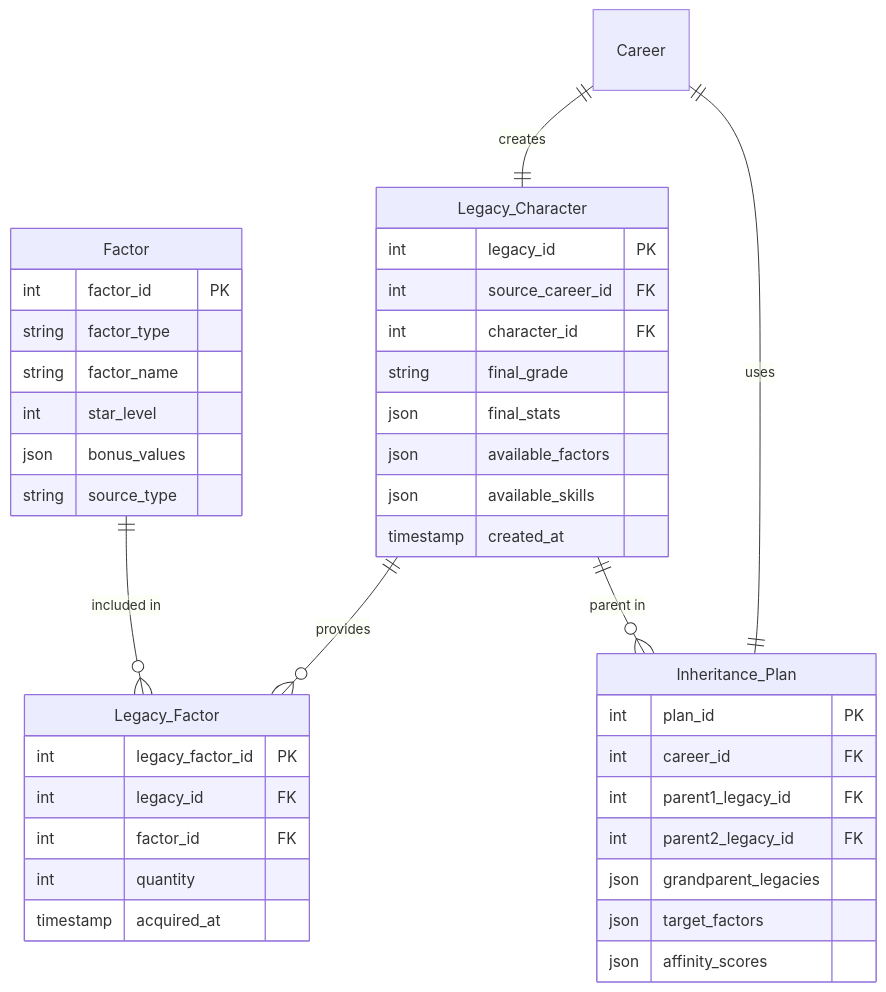
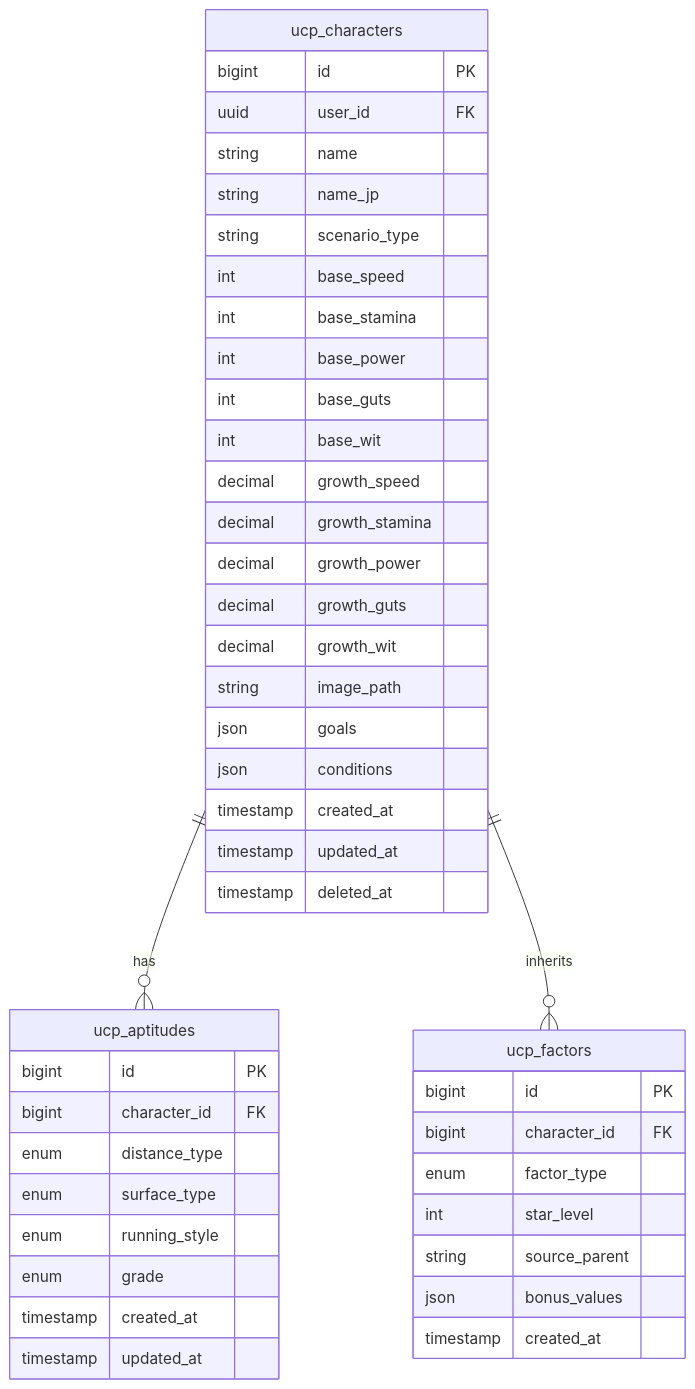
Before and after one commit to exatfrds67/umamusume-career-planner: the fifth of 13 diagrams in docs/01-diagrams/entity-relationship-diagram.md, drawn with Mermaid. The commit also changed other lines of this file and 67 other files, not shown here.

````diff
--- a/docs/01-diagrams/entity-relationship-diagram.md
+++ b/docs/01-diagrams/entity-relationship-diagram.md
@@ -303,46 +338,50 @@
 ```mermaid
 erDiagram
-    Legacy_Character {
-        int legacy_id PK
-        int source_career_id FK
-        int character_id FK
-        string final_grade
-        json final_stats
-        json available_factors
-        json available_skills
+    ucp_characters ||--o{ ucp_aptitudes : has
+    ucp_characters ||--o{ ucp_factors : inherits
+    
+    ucp_characters {
+        bigint id PK
+        uuid user_id FK
+        string name
+        string name_jp
+        string scenario_type
+        int base_speed
+        int base_stamina
+        int base_power
+        int base_guts
+        int base_wit
+        decimal growth_speed
+        decimal growth_stamina
+        decimal growth_power
+        decimal growth_guts
+        decimal growth_wit
+        string image_path
+        json goals
+        json conditions
+        timestamp created_at
+        timestamp updated_at
+        timestamp deleted_at
+    }
+    
+    ucp_aptitudes {
+        bigint id PK
+        bigint character_id FK
+        enum distance_type
+        enum surface_type
+        enum running_style
+        enum grade
+        timestamp created_at
+        timestamp updated_at
+    }
+    
+    ucp_factors {
+        bigint id PK
+        bigint character_id FK
+        enum factor_type
+        int star_level
+        string source_parent
+        json bonus_values
         timestamp created_at
     }
-
-    Factor {
-        int factor_id PK
-        string factor_type
-        string factor_name
-        int star_level
-        json bonus_values
-        string source_type
-    }
-
-    Legacy_Factor {
-        int legacy_factor_id PK
-        int legacy_id FK
-        int factor_id FK
-        int quantity
-        timestamp acquired_at
-    }
-
-    Inheritance_Plan {
-        int plan_id PK
-        int career_id FK
-        int parent1_legacy_id FK
-        int parent2_legacy_id FK
-        json grandparent_legacies
-        json target_factors
-        json affinity_scores
-    }
-
-    Career ||--|| Legacy_Character : "creates"
-    Legacy_Character ||--o{ Legacy_Factor : "provides"
-    Factor ||--o{ Legacy_Factor : "included in"
-    Career ||--|| Inheritance_Plan : "uses"
-    Legacy_Character ||--o{ Inheritance_Plan : "parent in"
 ```
````
